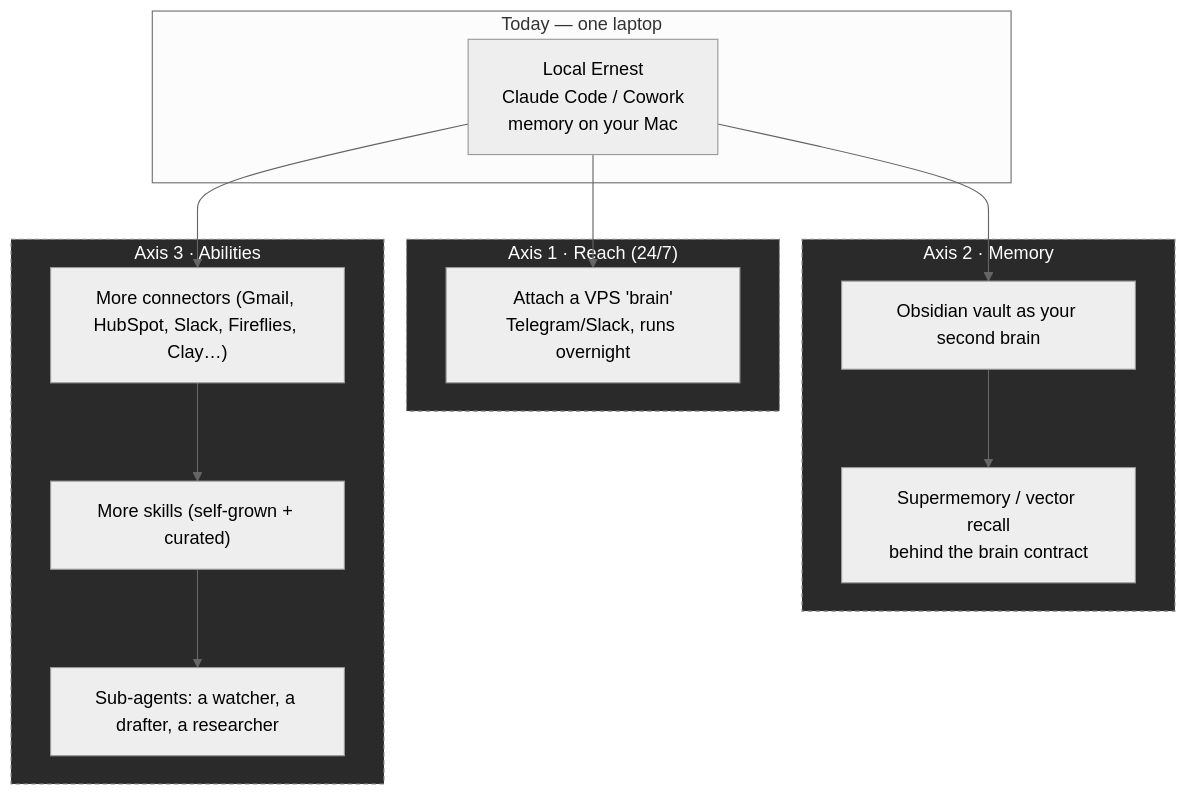
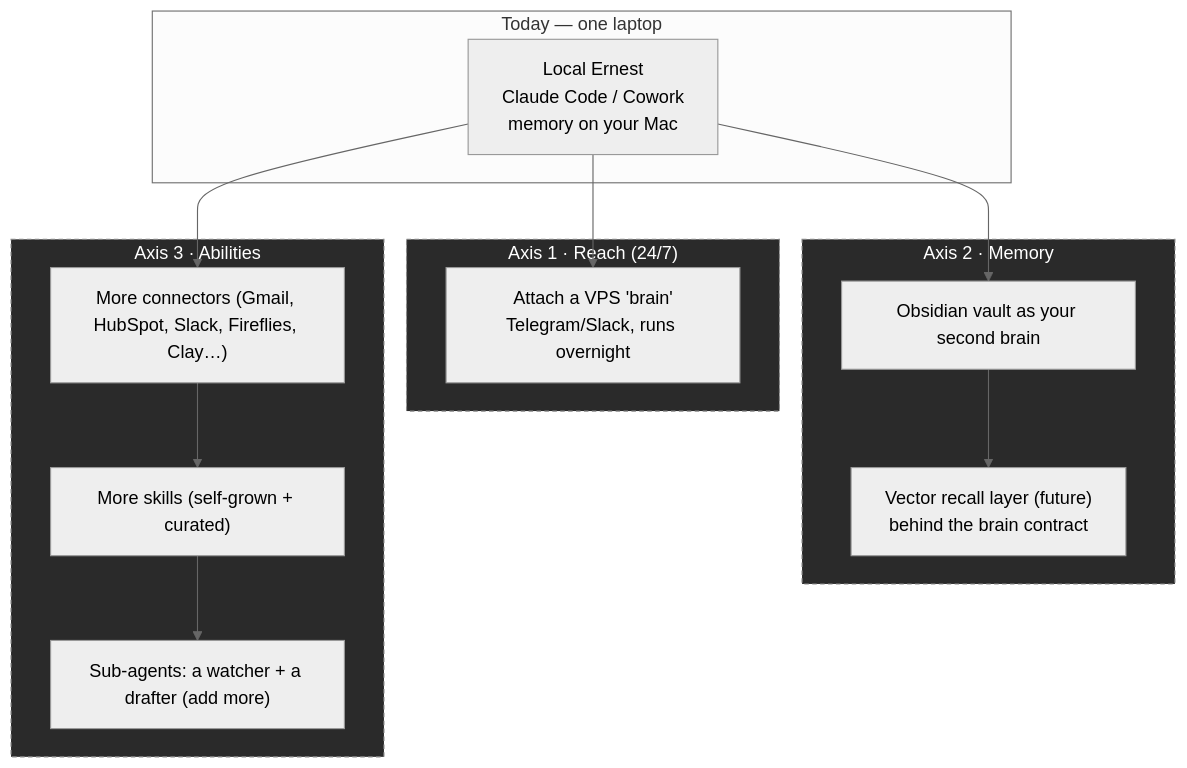
The third of 4 diagrams in docs/vision.md (romaluev/ernest-cc), drawn with Mermaid (neutral theme) before and after one commit. The commit also changed other lines of this file and 9 other files, not shown here.

````diff
--- a/docs/vision.md
+++ b/docs/vision.md
@@ -83,24 +83,24 @@
 ```mermaid
 flowchart TB
     subgraph T0["Today — one laptop"]
       L["Local Ernest<br/>Claude Code / Cowork<br/>memory on your Mac"]
     end
     subgraph REACH["Axis 1 · Reach (24/7)"]
       V["Attach a VPS 'brain'<br/>Telegram/Slack, runs overnight"]
     end
     subgraph MEM["Axis 2 · Memory"]
       O["Obsidian vault as your second brain"]
-      SM["Supermemory / vector recall<br/>behind the brain contract"]
+      SM["Vector recall layer (future)<br/>behind the brain contract"]
     end
     subgraph ABIL["Axis 3 · Abilities"]
       C["More connectors (Gmail, HubSpot, Slack, Fireflies, Clay…)"]
       S["More skills (self-grown + curated)"]
-      MA["Sub-agents: a watcher, a drafter, a researcher"]
+      MA["Sub-agents: a watcher + a drafter (add more)"]
     end
     L --> V
     L --> O
     O --> SM
     L --> C --> S --> MA
     classDef opt fill:#2a2a2a,color:#fff,stroke:#888,stroke-dasharray:4 3;
     class REACH,MEM,ABIL opt
 ```
````
